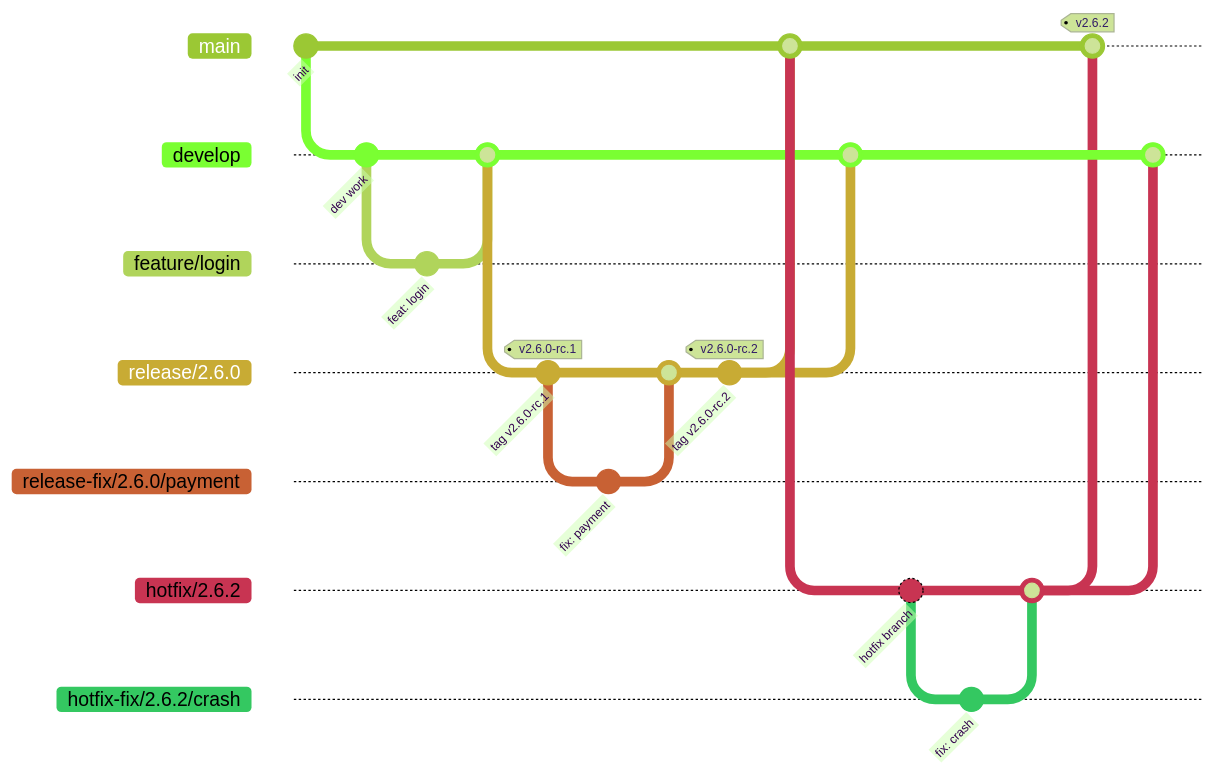
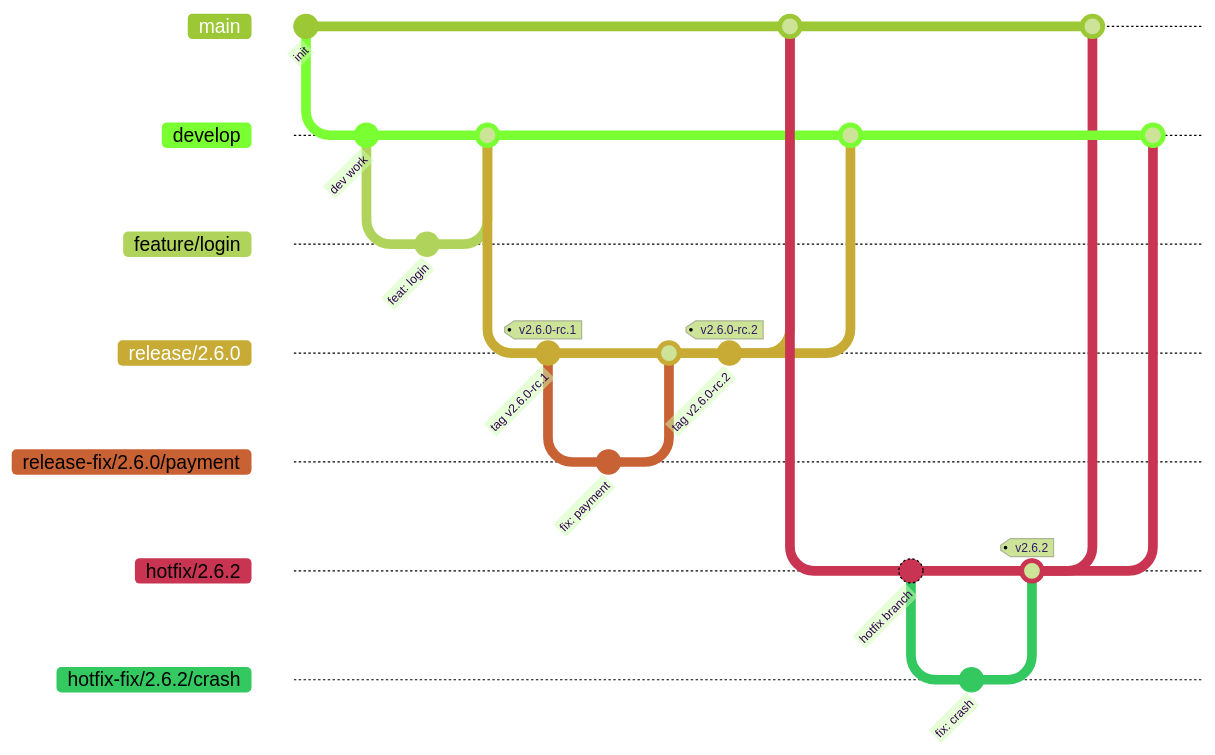
Before and after one commit to middelkampdev/gflow: the first of 7 diagrams in README.md, drawn with Mermaid (forest theme). The commit also changed other lines of this file and 23 other files, not shown here.

````diff
--- a/README.md
+++ b/README.md
@@ -71,32 +71,32 @@
 ```mermaid
 gitGraph
     commit id: "init"
     branch develop
     commit id: "dev work"
     branch feature/login
     commit id: "feat: login"
     checkout develop
     merge feature/login
     branch release/2.6.0
     commit id: "tag v2.6.0-rc.1" tag: "v2.6.0-rc.1"
     branch release-fix/2.6.0/payment
     commit id: "fix: payment"
     checkout release/2.6.0
     merge release-fix/2.6.0/payment
     commit id: "tag v2.6.0-rc.2" tag: "v2.6.0-rc.2"
     checkout main
     merge release/2.6.0
     checkout develop
     merge release/2.6.0
     checkout main
     branch hotfix/2.6.2
     commit id: "hotfix branch"
     branch hotfix-fix/2.6.2/crash
     commit id: "fix: crash"
     checkout hotfix/2.6.2
-    merge hotfix-fix/2.6.2/crash
+    merge hotfix-fix/2.6.2/crash tag: "v2.6.2"
     checkout main
-    merge hotfix/2.6.2 tag: "v2.6.2"
+    merge hotfix/2.6.2
     checkout develop
     merge hotfix/2.6.2
 ```
````
